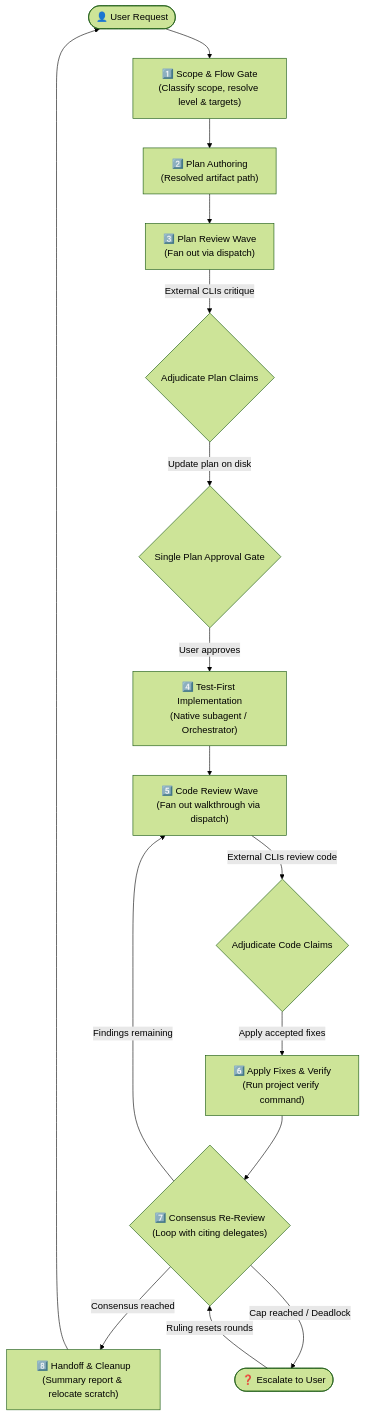
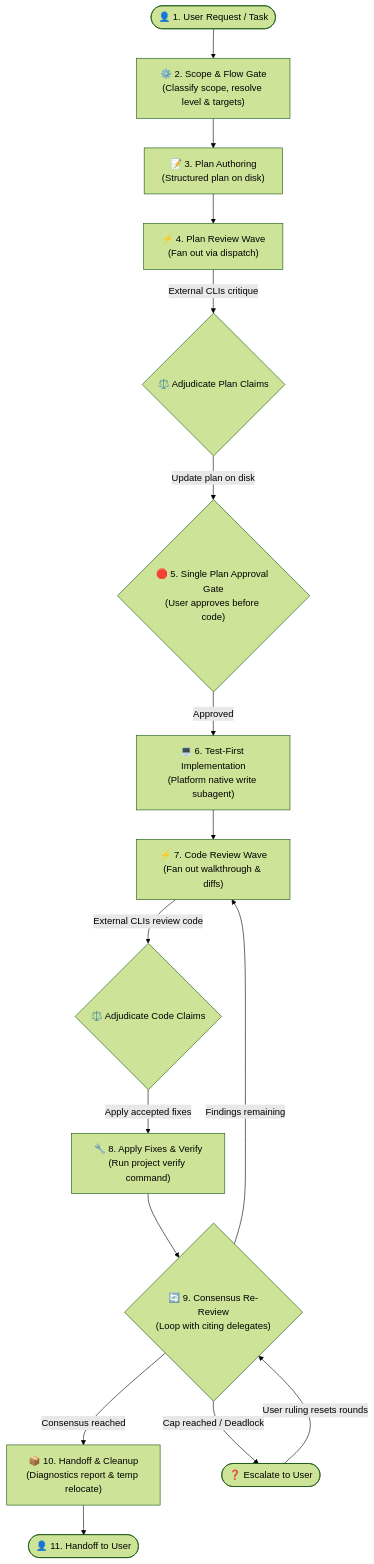
Before and after one commit to Gyunikuchan/dispatch-skills: the diagram in skills/implement-dispatch/README.md, drawn with Mermaid (forest theme). The commit also changed other lines of this file and 2 other files, not shown here.

Commit message:
docs(implement-dispatch): rewrite README.md for human user consumption

````diff
--- a/skills/implement-dispatch/README.md
+++ b/skills/implement-dispatch/README.md
@@ -17,23 +19,23 @@
 ```mermaid
 flowchart TD
-    User(["👤 User Request"]) --> Scope["1️⃣ Scope & Flow Gate<br/>(Classify scope, resolve level & targets)"]
-    Scope --> Plan["2️⃣ Plan Authoring<br/>(Resolved artifact path)"]
+    User(["👤 1. User Request / Task"]) --> Scope["⚙️ 2. Scope & Flow Gate<br/>(Classify scope, resolve level & targets)"]
+    Scope --> Plan["📝 3. Plan Authoring<br/>(Structured plan on disk)"]
     
-    Plan --> PlanRev["3️⃣ Plan Review Wave<br/>(Fan out via dispatch)"]
-    PlanRev -->|External CLIs critique| PlanAdj{"Adjudicate Plan Claims"}
-    PlanAdj -->|Update plan on disk| Gate{"Single Plan Approval Gate"}
-    Gate -->|User approves| Impl["4️⃣ Test-First Implementation<br/>(Native subagent / Orchestrator)"]
+    Plan --> PlanRev["⚡ 4. Plan Review Wave<br/>(Fan out via dispatch)"]
+    PlanRev -->|External CLIs critique| PlanAdj{"⚖️ Adjudicate Plan Claims"}
+    PlanAdj -->|Update plan on disk| Gate{"🛑 5. Single Plan Approval Gate<br/>(User approves before code)"}
+    Gate -->|Approved| Impl["💻 6. Test-First Implementation<br/>(Platform native write subagent)"]
     
-    Impl --> CodeRev["5️⃣ Code Review Wave<br/>(Fan out walkthrough via dispatch)"]
-    CodeRev -->|External CLIs review code| CodeAdj{"Adjudicate Code Claims"}
+    Impl --> CodeRev["⚡ 7. Code Review Wave<br/>(Fan out walkthrough & diffs)"]
+    CodeRev -->|External CLIs review code| CodeAdj{"⚖️ Adjudicate Code Claims"}
     
-    CodeAdj -->|Apply accepted fixes| Fixes["6️⃣ Apply Fixes & Verify<br/>(Run project verify command)"]
-    Fixes --> ReRev{"7️⃣ Consensus Re-Review<br/>(Loop with citing delegates)"}
+    CodeAdj -->|Apply accepted fixes| Fixes["🔧 8. Apply Fixes & Verify<br/>(Run project verify command)"]
+    Fixes --> ReRev{"🔄 9. Consensus Re-Review<br/>(Loop with citing delegates)"}
     
     ReRev -->|Findings remaining| CodeRev
-    ReRev -->|Consensus reached| Handoff["8️⃣ Handoff & Cleanup<br/>(Summary report & relocate scratch)"]
+    ReRev -->|Consensus reached| Handoff["📦 10. Handoff & Cleanup<br/>(Diagnostics report & temp relocate)"]
     ReRev -->|Cap reached / Deadlock| Escalate(["❓ Escalate to User"])
-    Escalate -->|Ruling resets rounds| ReRev
+    Escalate -->|User ruling resets rounds| ReRev
     
-    Handoff --> User
+    Handoff --> Final(["👤 11. Handoff to User"])
 ```
````
